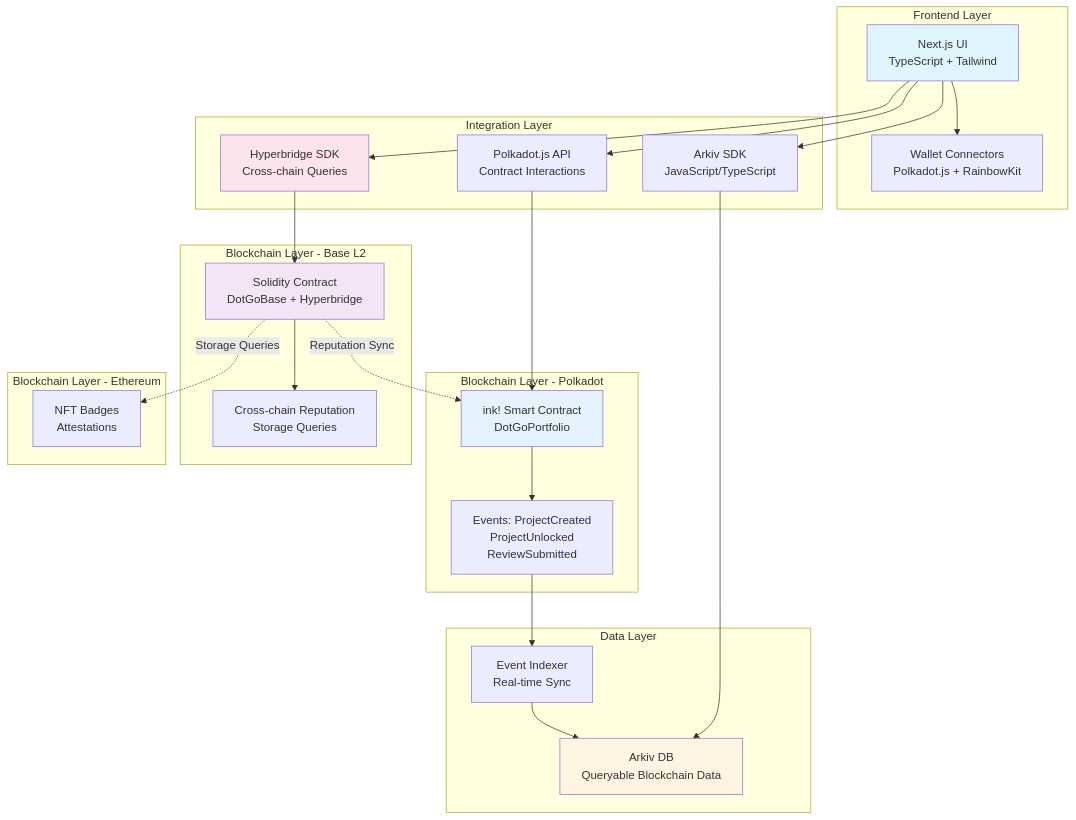
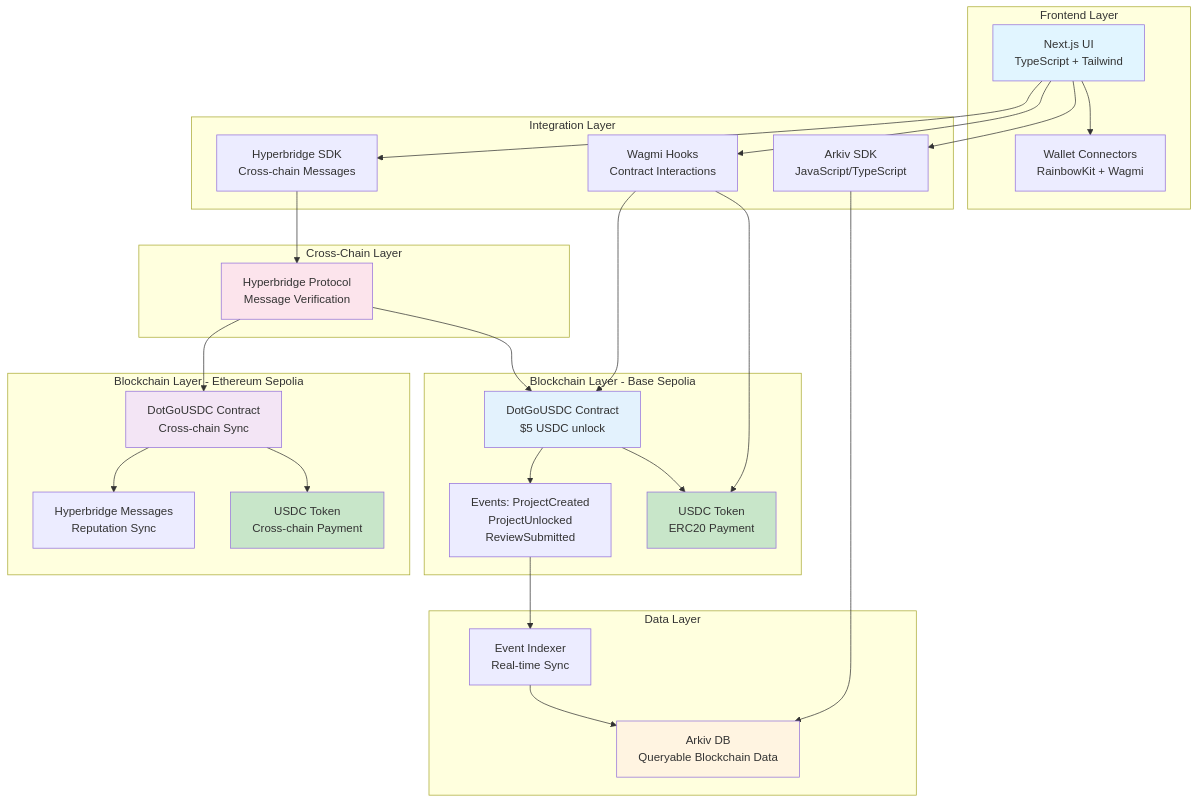
One commit to MarxMad/Sub0Polk changed the first of 6 diagrams in README.md. Above: the diagram before and after it, drawn with Mermaid. The commit also changed other lines of this file, not shown here.

````diff
--- a/README.md
+++ b/README.md
@@ -42,55 +42,62 @@
 ```mermaid
 graph TB
     subgraph "Frontend Layer"
         UI[Next.js UI<br/>TypeScript + Tailwind]
-        WC[Wallet Connectors<br/>Polkadot.js + RainbowKit]
+        WC[Wallet Connectors<br/>RainbowKit + Wagmi]
     end
 
     subgraph "Data Layer"
         Arkiv[Arkiv DB<br/>Queryable Blockchain Data]
         Indexer[Event Indexer<br/>Real-time Sync]
     end
 
     subgraph "Integration Layer"
         ArkivSDK[Arkiv SDK<br/>JavaScript/TypeScript]
-        HyperbridgeSDK[Hyperbridge SDK<br/>Cross-chain Queries]
-        PolkadotJS[Polkadot.js API<br/>Contract Interactions]
+        HyperbridgeSDK[Hyperbridge SDK<br/>Cross-chain Messages]
+        WagmiHooks[Wagmi Hooks<br/>Contract Interactions]
     end
 
-    subgraph "Blockchain Layer - Polkadot"
-        PolkadotSC[ink! Smart Contract<br/>DotGoPortfolio]
-        PolkadotEvents[Events: ProjectCreated<br/>ProjectUnlocked<br/>ReviewSubmitted]
+    subgraph "Blockchain Layer - Base Sepolia"
+        BaseSC[DotGoUSDC Contract<br/>$5 USDC unlock]
+        BaseEvents[Events: ProjectCreated<br/>ProjectUnlocked<br/>ReviewSubmitted]
+        USDC_Base[USDC Token<br/>ERC20 Payment]
     end
 
-    subgraph "Blockchain Layer - Base L2"
-        BaseSC[Solidity Contract<br/>DotGoBase + Hyperbridge]
-        BaseEvents[Cross-chain Reputation<br/>Storage Queries]
+    subgraph "Blockchain Layer - Ethereum Sepolia"
+        EthSC[DotGoUSDC Contract<br/>Cross-chain Sync]
+        EthEvents[Hyperbridge Messages<br/>Reputation Sync]
+        USDC_Eth[USDC Token<br/>Cross-chain Payment]
     end
 
-    subgraph "Blockchain Layer - Ethereum"
-        EthereumData[NFT Badges<br/>Attestations]
+    subgraph "Cross-Chain Layer"
+        Hyperbridge[Hyperbridge Protocol<br/>Message Verification]
     end
 
     UI --> WC
     UI --> ArkivSDK
     UI --> HyperbridgeSDK
-    UI --> PolkadotJS
+    UI --> WagmiHooks
 
     ArkivSDK --> Arkiv
     Indexer --> Arkiv
-    PolkadotEvents --> Indexer
+    BaseEvents --> Indexer
 
-    PolkadotJS --> PolkadotSC
-    PolkadotSC --> PolkadotEvents
+    WagmiHooks --> BaseSC
+    WagmiHooks --> USDC_Base
+    BaseSC --> BaseEvents
+    BaseSC --> USDC_Base
 
-    HyperbridgeSDK --> BaseSC
-    BaseSC --> BaseEvents
-    BaseSC -.->|Storage Queries| EthereumData
-    BaseSC -.->|Reputation Sync| PolkadotSC
+    HyperbridgeSDK --> Hyperbridge
+    Hyperbridge --> BaseSC
+    Hyperbridge --> EthSC
+    EthSC --> EthEvents
+    EthSC --> USDC_Eth
 
     style UI fill:#e1f5ff
     style Arkiv fill:#fff4e1
-    style PolkadotSC fill:#e3f2fd
-    style BaseSC fill:#f3e5f5
-    style HyperbridgeSDK fill:#fce4ec
+    style BaseSC fill:#e3f2fd
+    style EthSC fill:#f3e5f5
+    style Hyperbridge fill:#fce4ec
+    style USDC_Base fill:#c8e6c9
+    style USDC_Eth fill:#c8e6c9
 ```
````
